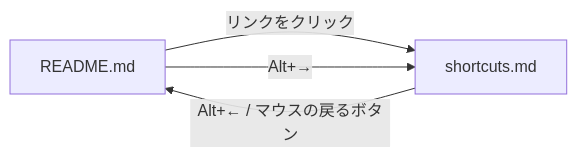
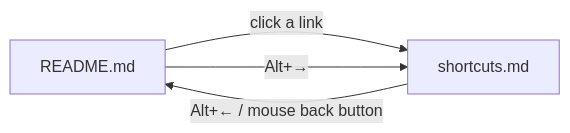
The first of 4 diagrams in docs/manual/README.md (muraken720/mdviewer), drawn with Mermaid before and after one commit. The commit also changed other lines of this file and 21 other files, not shown here.

````diff
--- a/docs/manual/README.md
+++ b/docs/manual/README.md
@@ -56,6 +56,6 @@
 ```mermaid
 flowchart LR
-    A["README.md"] -- リンクをクリック --> B["shortcuts.md"]
-    B -- "Alt+← / マウスの戻るボタン" --> A
+    A["README.md"] -- click a link --> B["shortcuts.md"]
+    B -- "Alt+← / mouse back button" --> A
     A -- "Alt+→" --> B
 ```
````
